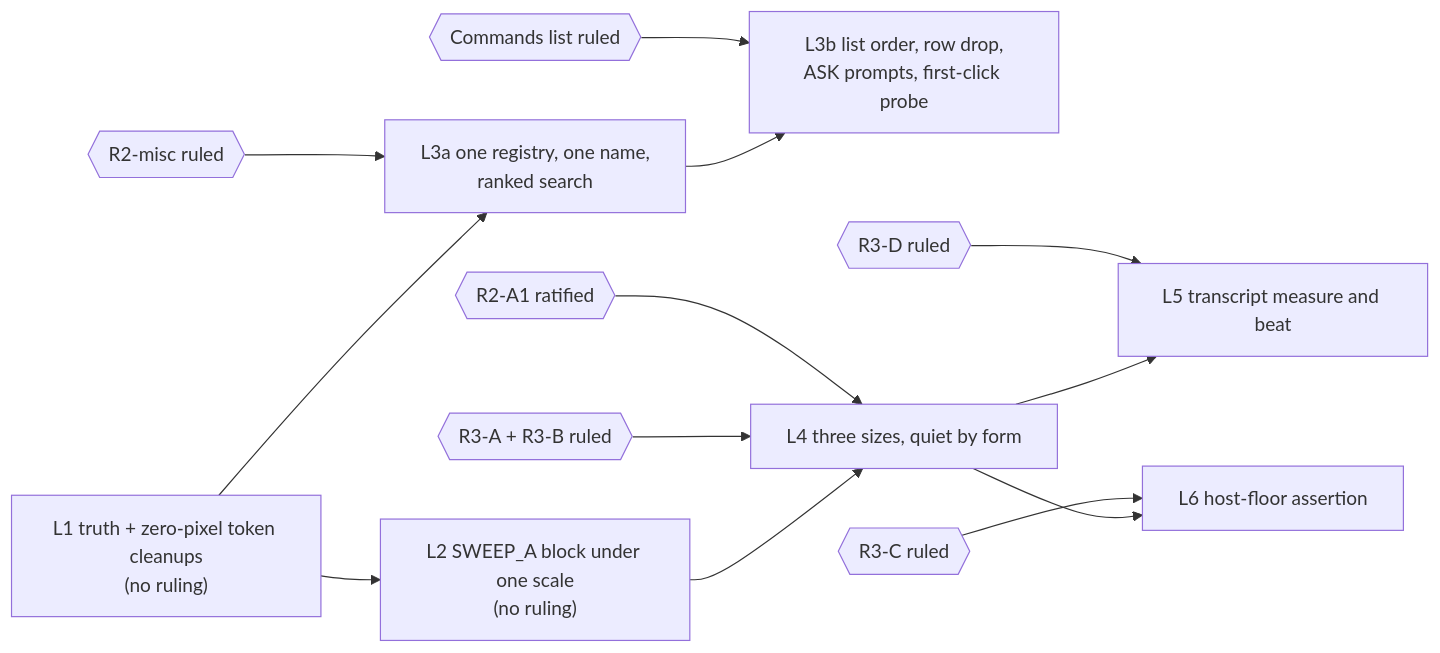
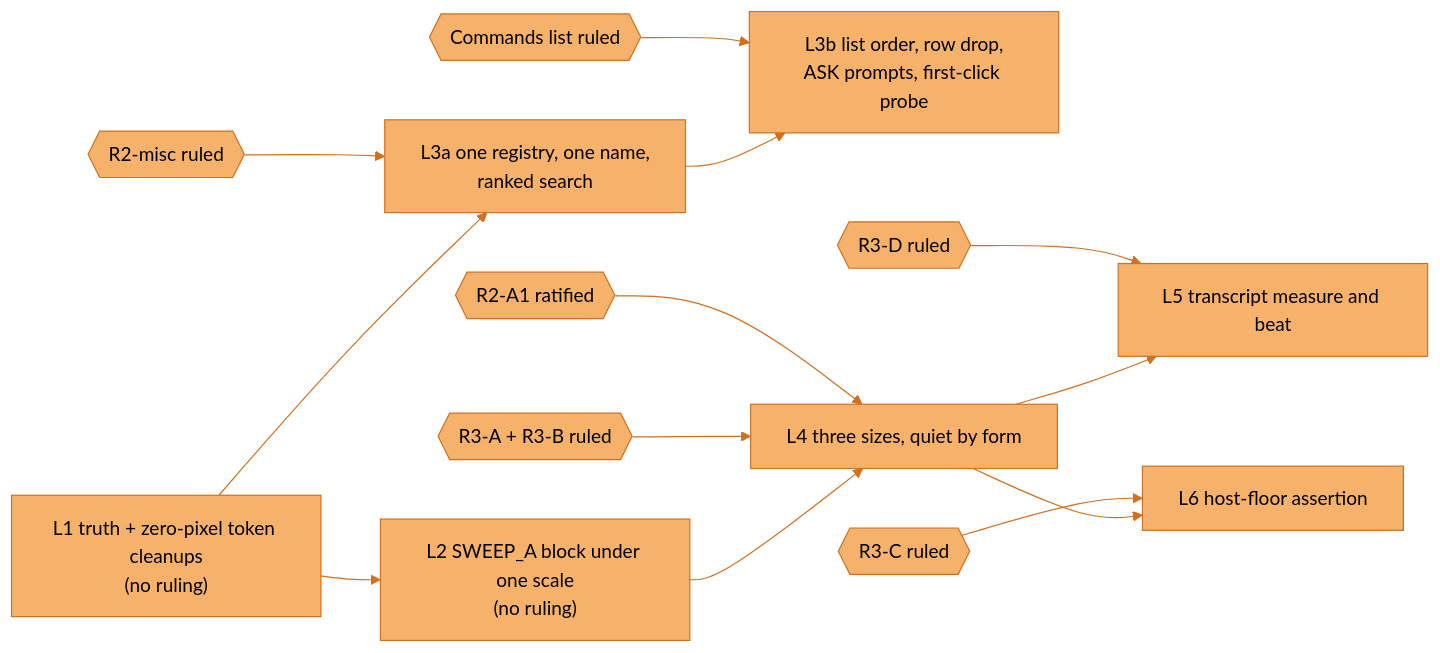
One commit to JosephOIbrahim/Synapse changed the diagram in docs/design/PANEL_TYPE_AND_COMMANDS_2026-09-21.md. Above: the diagram before and after it, drawn with Mermaid. The commit also changed 9 other files, not shown here.

````diff
--- a/docs/design/PANEL_TYPE_AND_COMMANDS_2026-09-21.md
+++ b/docs/design/PANEL_TYPE_AND_COMMANDS_2026-09-21.md
@@ -112,15 +112,17 @@
 ```mermaid
 flowchart LR
     L1["L1 truth + zero-pixel token cleanups<br/>(no ruling)"] --> L2["L2 SWEEP_A block under one scale<br/>(no ruling)"]
     RM{{"R2-misc ruled"}} --> L3a["L3a one registry, one name,<br/>ranked search"]
     L1 --> L3a
     RL{{"Commands list ruled"}} --> L3b["L3b list order, row drop,<br/>ASK prompts, first-click probe"]
     L3a --> L3b
     A1{{"R2-A1 ratified"}} --> L4
     RA{{"R3-A + R3-B ruled"}} --> L4["L4 three sizes, quiet by form"]
     L2 --> L4
     RD{{"R3-D ruled"}} --> L5["L5 transcript measure and beat"]
     L4 --> L5
     RC{{"R3-C ruled"}} --> L6["L6 host-floor assertion"]
     L4 --> L6
+    classDef default fill:#F6B26B,stroke:#D07020,color:#000000
+    linkStyle default stroke:#D07020
 ```
````
